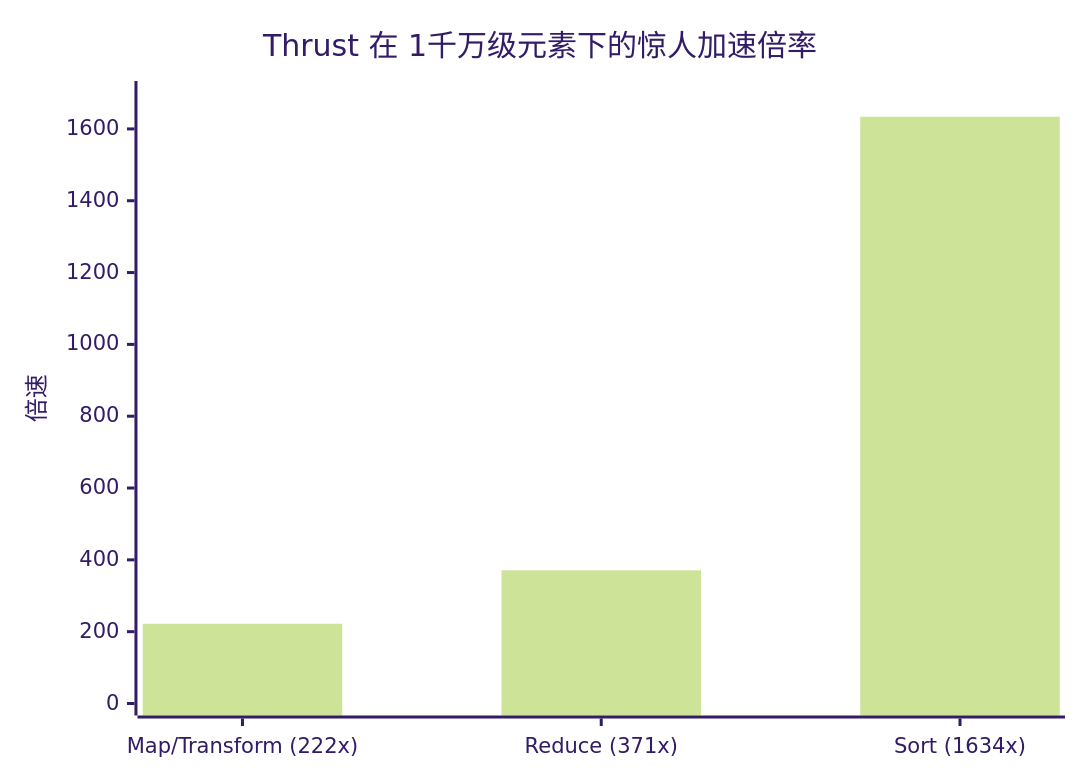
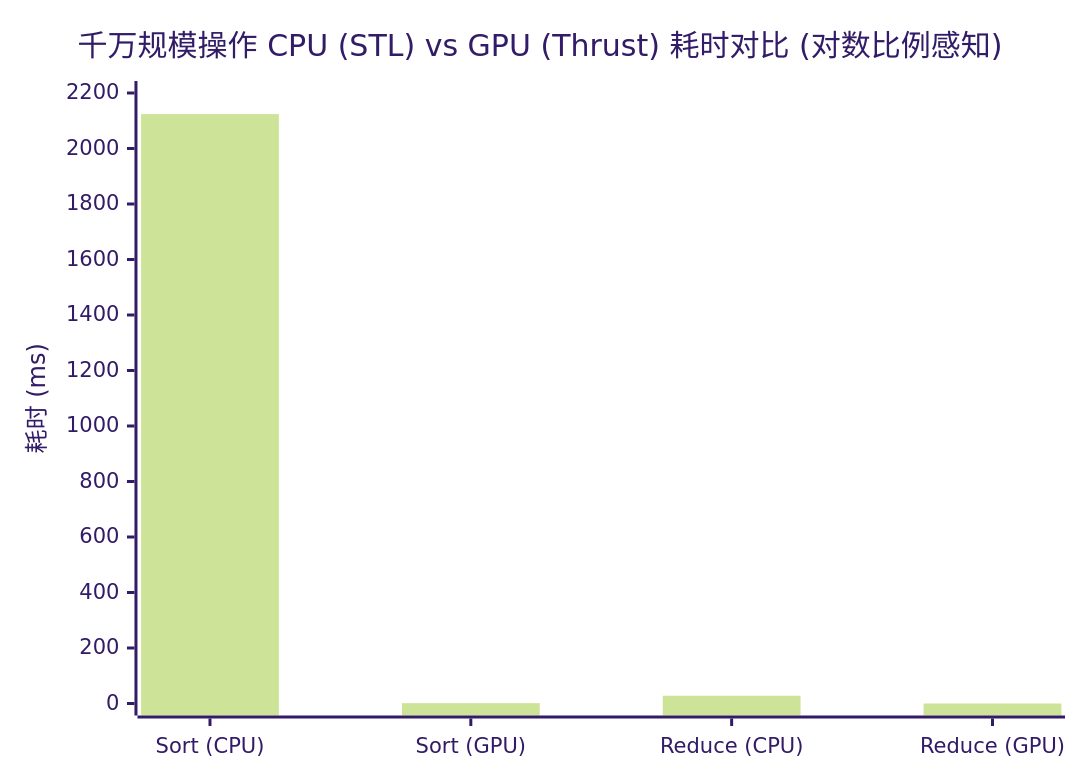
The second of 2 diagrams in 12_Standard_Libraries/README.md (psmarter/CUDA-Practice), drawn with Mermaid (forest theme) before and after one commit. The commit also changed other lines of this file and 14 other files, not shown here.

````diff
--- a/12_Standard_Libraries/README.md
+++ b/12_Standard_Libraries/README.md
@@ -178,7 +140,7 @@
 ```mermaid
 xychart-beta
-  title "Thrust 在 1千万级元素下的惊人加速倍率"
-  x-axis ["Map/Transform (222x)", "Reduce (371x)", "Sort (1634x)"]
-  y-axis "倍速" 0 --> 1700
-  bar [222, 371, 1634]
+  title "千万规模操作 CPU (STL) vs GPU (Thrust) 耗时对比 (对数比例感知)"
+  x-axis ["Sort (CPU)", "Sort (GPU)", "Reduce (CPU)", "Reduce (GPU)"]
+  y-axis "耗时 (ms)" 0 --> 2200
+  bar [2124, 1.3, 28, 0.08]
 ```
````
